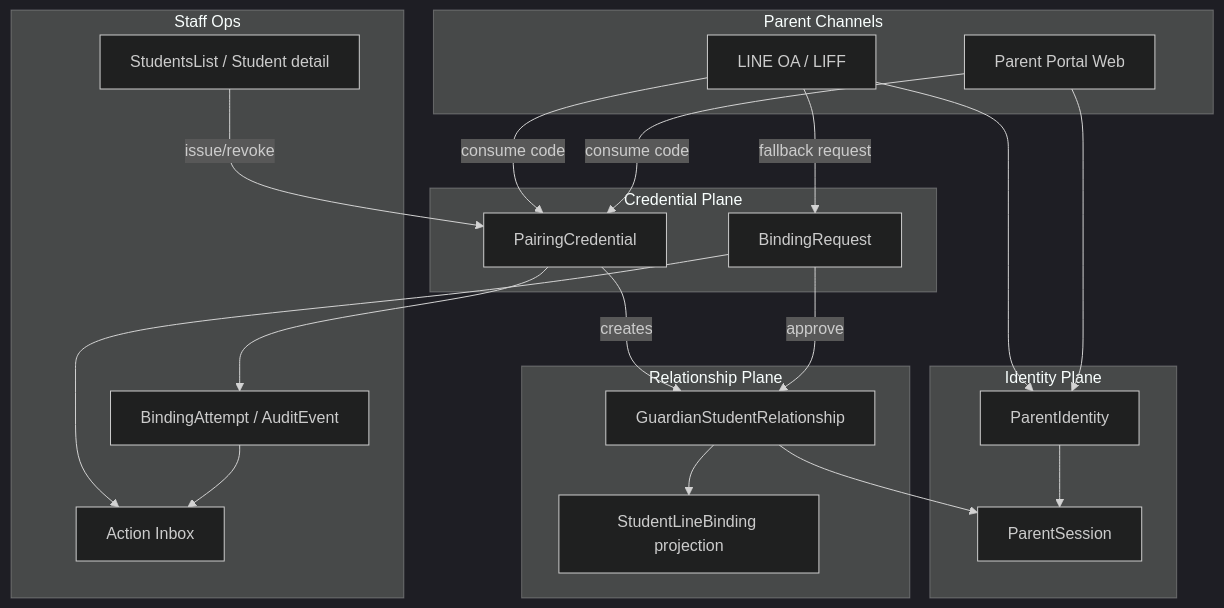
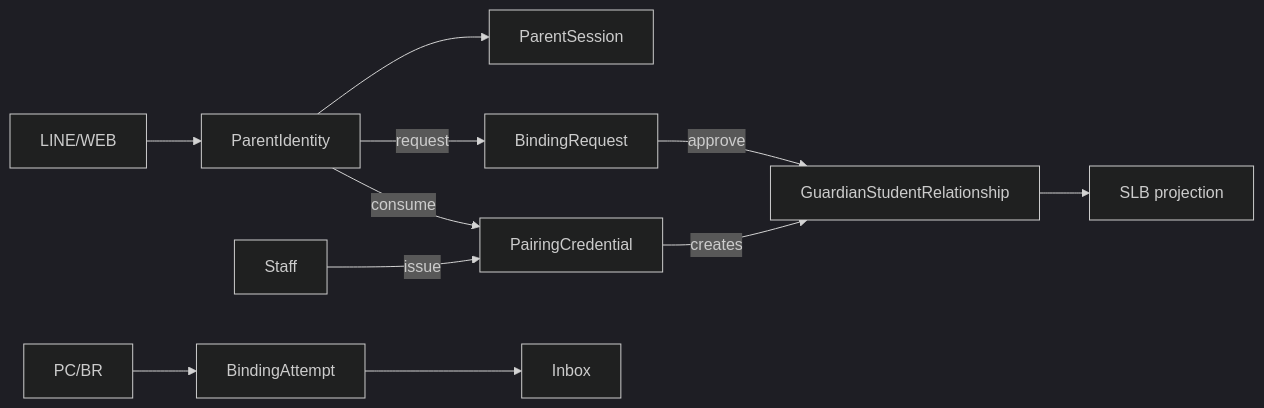
Before and after one commit to jerry200176-png/AllTrue_System: the first of 2 diagrams in docs/architecture/PARENT_IDENTITY_TARGET_ARCHITECTURE.md, drawn with Mermaid (dark theme). The commit also changed other lines of this file and 17 other files, not shown here.

First line of the commit message:
docs(parent-binding): condense design pack under PR size gate

````diff
--- a/docs/architecture/PARENT_IDENTITY_TARGET_ARCHITECTURE.md
+++ b/docs/architecture/PARENT_IDENTITY_TARGET_ARCHITECTURE.md
@@ -121,43 +26,9 @@
 ```mermaid
-flowchart TB
-  subgraph parent_channels [Parent Channels]
-    LINE[LINE OA / LIFF]
-    WEB[Parent Portal Web]
-  end
-
-  subgraph identity [Identity Plane]
-    PI[ParentIdentity]
-    PS[ParentSession]
-  end
-
-  subgraph credentials [Credential Plane]
-    PC[PairingCredential]
-    BR[BindingRequest]
-  end
-
-  subgraph relationship [Relationship Plane]
-    GSR[GuardianStudentRelationship]
-    SLB[StudentLineBinding projection]
-  end
-
-  subgraph staff [Staff Ops]
-    STU[StudentsList / Student detail]
-    INBOX[Action Inbox]
-    AUD[BindingAttempt / AuditEvent]
-  end
-
-  LINE --> PI
-  WEB --> PI
-  PI --> PS
-  STU -->|issue/revoke| PC
-  LINE -->|consume code| PC
-  WEB -->|consume code| PC
-  PC -->|creates| GSR
-  LINE -->|fallback request| BR
-  BR -->|approve| GSR
-  GSR --> SLB
-  GSR --> PS
-  PC --> AUD
-  BR --> INBOX
-  AUD --> INBOX
+flowchart LR
+  LINE/WEB --> PI[ParentIdentity] --> PS[ParentSession]
+  Staff -->|issue| PC[PairingCredential]
+  PI -->|consume| PC -->|creates| GSR[GuardianStudentRelationship]
+  PI -->|request| BR[BindingRequest] -->|approve| GSR
+  GSR --> SLB[SLB projection]
+  PC/BR --> AUD[BindingAttempt] --> Inbox
 ```
````
